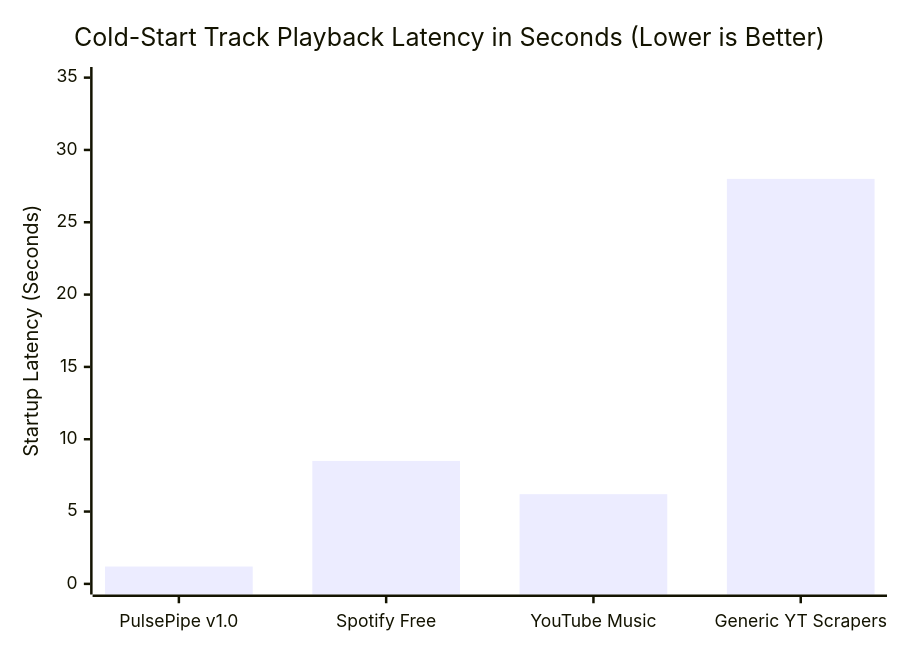
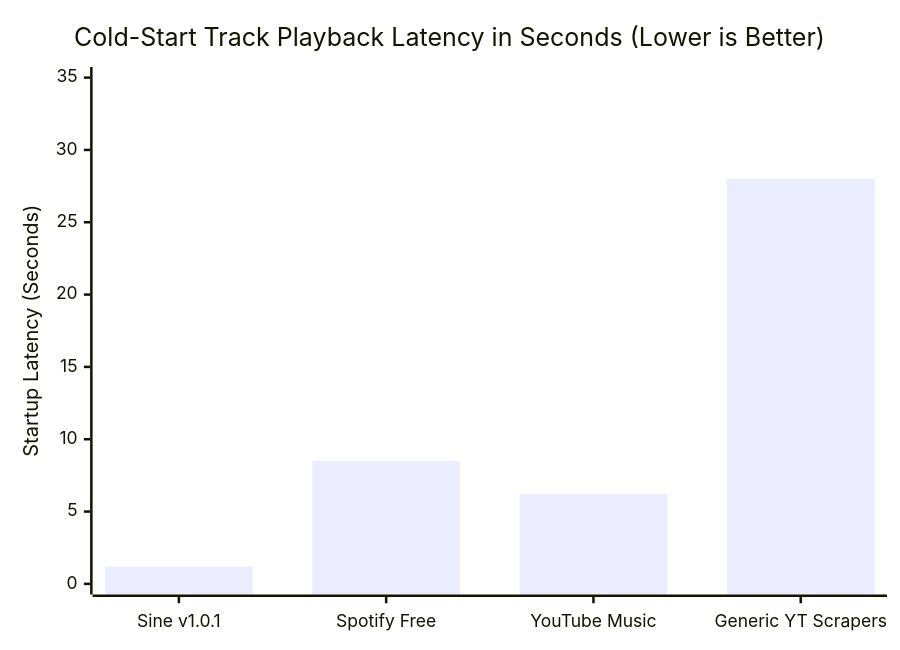
Before and after one commit to taezeem14/PulsePipe: the third of 5 diagrams in README.md, drawn with Mermaid. The commit also changed other lines of this file and 2 other files, not shown here.

Commit message:
docs: update branding, documentation, and repository links to Sine

````diff
--- a/README.md
+++ b/README.md
@@ -123,7 +125,7 @@
 ```mermaid
 xychart-beta
     title "Cold-Start Track Playback Latency in Seconds (Lower is Better)"
-    x-axis ["PulsePipe v1.0", "Spotify Free", "YouTube Music", "Generic YT Scrapers"]
+    x-axis ["Sine v1.0.1", "Spotify Free", "YouTube Music", "Generic YT Scrapers"]
     y-axis "Startup Latency (Seconds)" 0 --> 35
     bar [1.2, 8.5, 6.2, 28.0]
 ```
````
